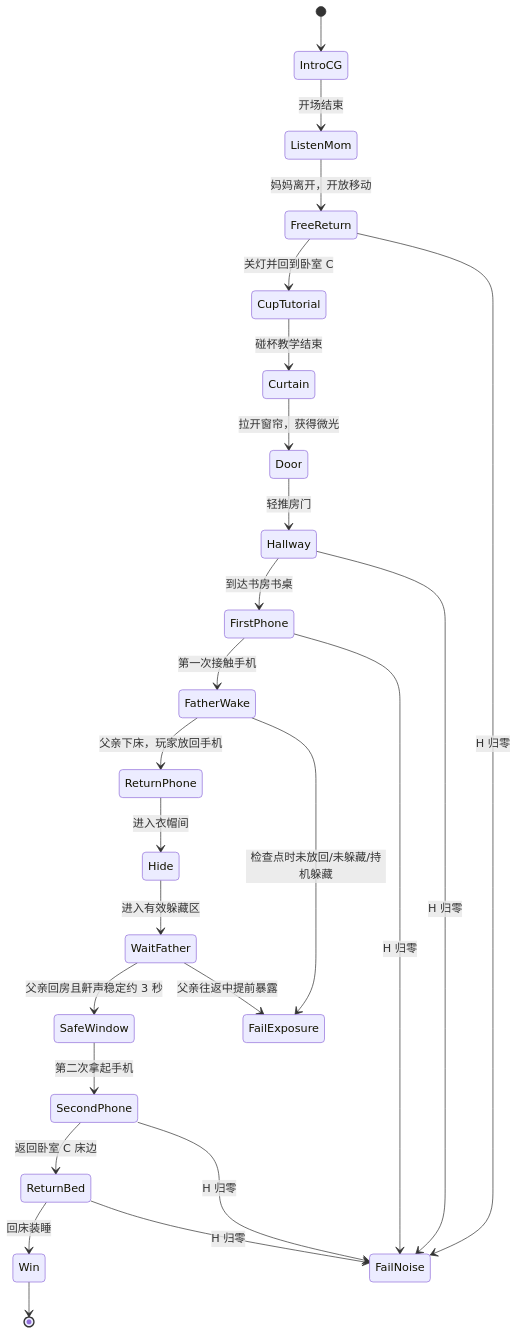
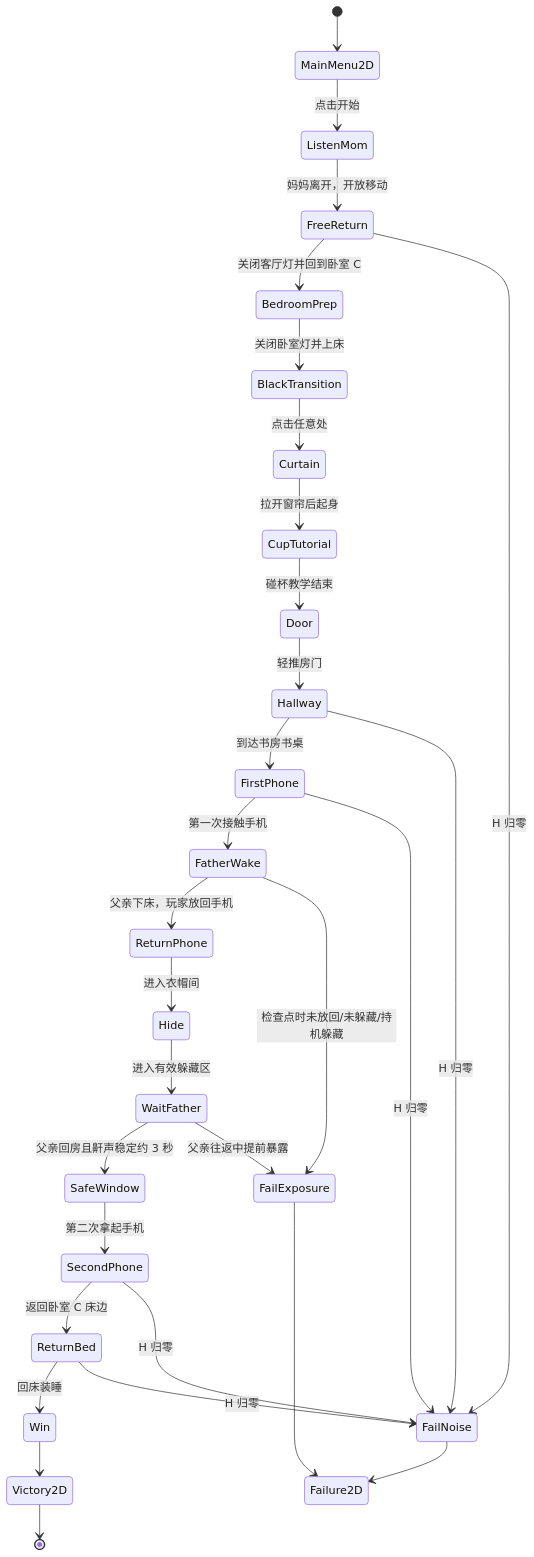
Before and after one commit to Summerraim/StealPhone: the diagram in Docs/偷机_流程线.md, drawn with Mermaid. The commit also changed other lines of this file and 10 other files, not shown here.

````diff
--- a/Docs/偷机_流程线.md
+++ b/Docs/偷机_流程线.md
@@ -8,28 +8,33 @@
 ```mermaid
 stateDiagram-v2
-    [*] --> IntroCG
-    IntroCG --> ListenMom: 开场结束
+    [*] --> MainMenu2D
+    MainMenu2D --> ListenMom: 点击开始
     ListenMom --> FreeReturn: 妈妈离开，开放移动
-    FreeReturn --> CupTutorial: 关灯并回到卧室 C
-    CupTutorial --> Curtain: 碰杯教学结束
-    Curtain --> Door: 拉开窗帘，获得微光
+    FreeReturn --> BedroomPrep: 关闭客厅灯并回到卧室 C
+    BedroomPrep --> BlackTransition: 关闭卧室灯并上床
+    BlackTransition --> Curtain: 点击任意处
+    Curtain --> CupTutorial: 拉开窗帘后起身
+    CupTutorial --> Door: 碰杯教学结束
     Door --> Hallway: 轻推房门
     Hallway --> FirstPhone: 到达书房书桌
     FirstPhone --> FatherWake: 第一次接触手机
     FatherWake --> ReturnPhone: 父亲下床，玩家放回手机
     ReturnPhone --> Hide: 进入衣帽间
     Hide --> WaitFather: 进入有效躲藏区
     WaitFather --> SafeWindow: 父亲回房且鼾声稳定约 3 秒
     SafeWindow --> SecondPhone: 第二次拿起手机
     SecondPhone --> ReturnBed: 返回卧室 C 床边
     ReturnBed --> Win: 回床装睡
-    Win --> [*]
+    Win --> Victory2D
+    Victory2D --> [*]
 
     FatherWake --> FailExposure: 检查点时未放回/未躲藏/持机躲藏
     WaitFather --> FailExposure: 父亲往返中提前暴露
     FreeReturn --> FailNoise: H 归零
     Hallway --> FailNoise: H 归零
     FirstPhone --> FailNoise: H 归零
     SecondPhone --> FailNoise: H 归零
     ReturnBed --> FailNoise: H 归零
+    FailExposure --> Failure2D
+    FailNoise --> Failure2D
 ```
````
